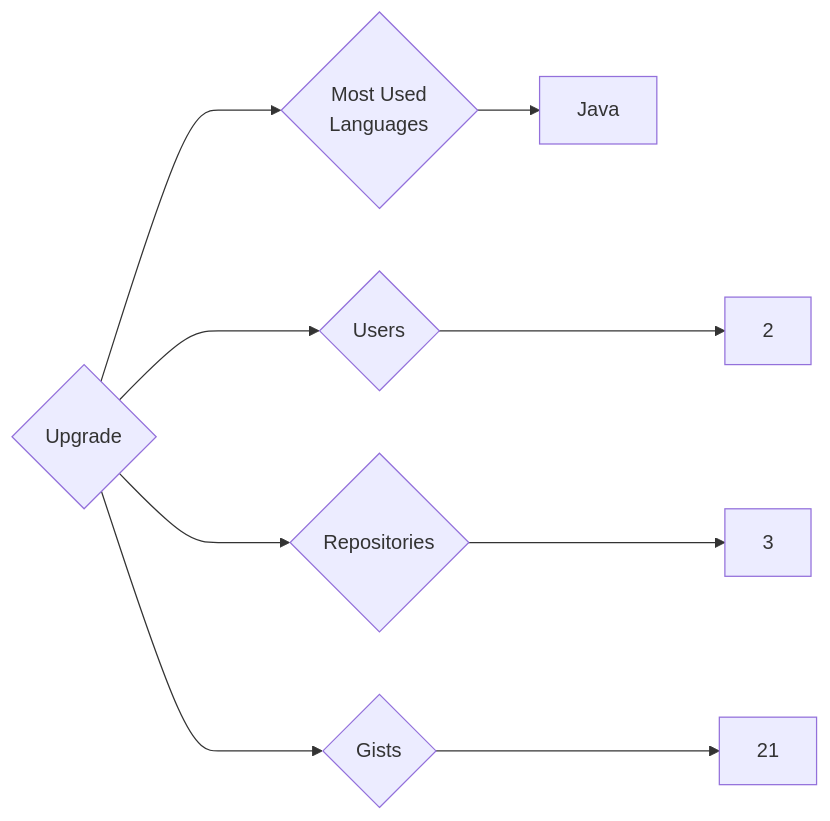
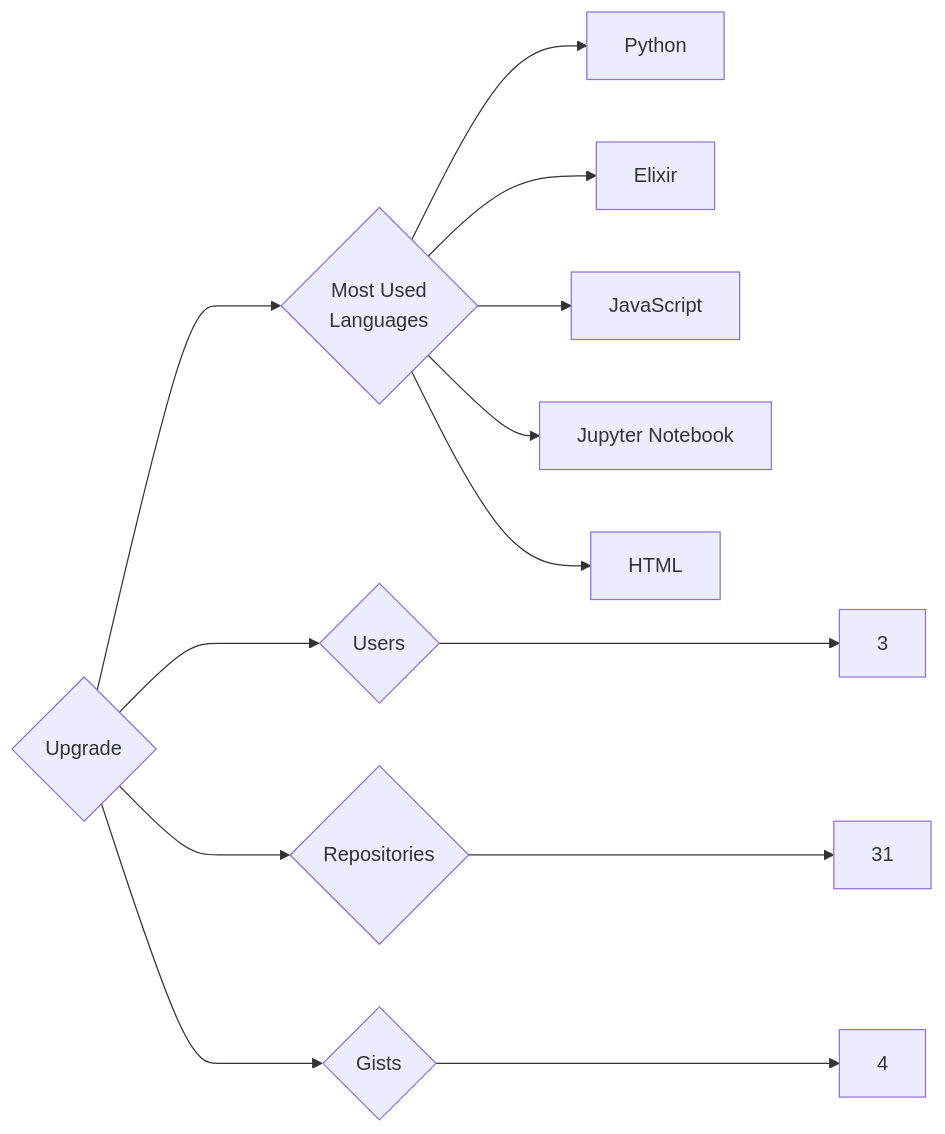
One commit to trickest/insiders changed the diagram in targets/Upgrade/README.md. Above: the diagram before and after it, drawn with Mermaid. The commit also changed 948 other files, not shown here.

````diff
--- a/targets/Upgrade/README.md
+++ b/targets/Upgrade/README.md
@@ -3,9 +3,13 @@
 ```mermaid
 graph LR
 COMPANY_NAME{Upgrade}
-COMPANY_NAME ---> U{Users} ---> UN[2]
-COMPANY_NAME ---> R{Repositories} ---> RN[3]
-COMPANY_NAME ---> G{Gists} ---> GN[21]
+COMPANY_NAME ---> U{Users} ---> UN[3]
+COMPANY_NAME ---> R{Repositories} ---> RN[31]
+COMPANY_NAME ---> G{Gists} ---> GN[4]
 COMPANY_NAME ---> ML{Most Used<br>Languages}
-ML --> Java[Java]
+ML --> Python[Python]
+ML --> Elixir[Elixir]
+ML --> JavaScript[JavaScript]
+ML --> Jupyter_Notebook[Jupyter Notebook]
+ML --> HTML[HTML]
 ```
````
